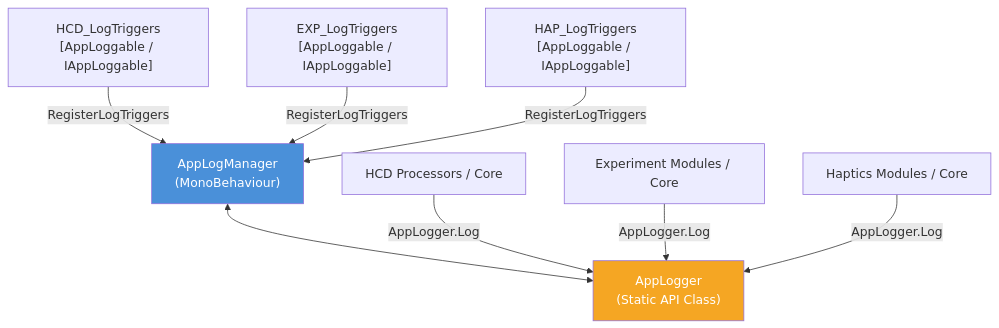
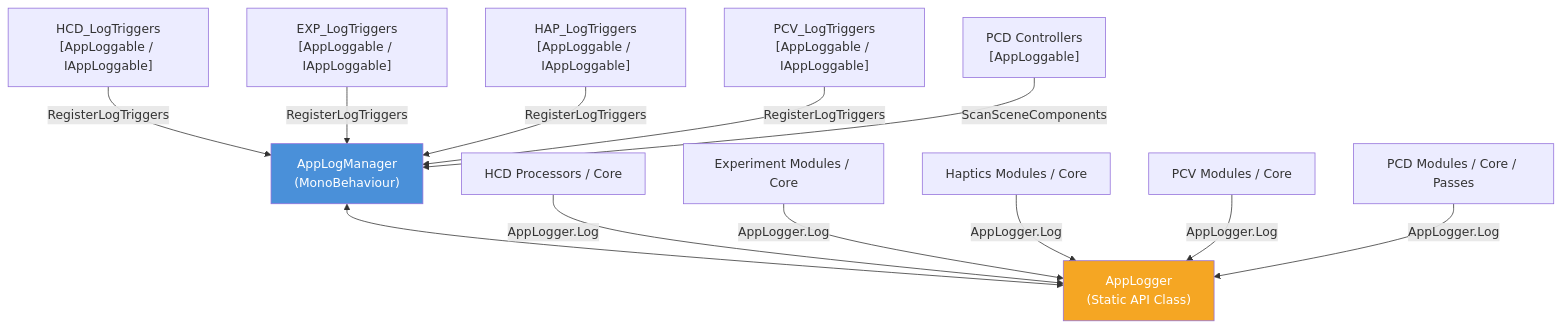
The diagram in Docs/Logging.md (kotetsuOU/HandTrakingDemo), drawn with Mermaid before and after one commit. The commit also changed other lines of this file and 11 other files, not shown here.

````diff
--- a/Docs/Logging.md
+++ b/Docs/Logging.md
@@ -41,15 +48,19 @@
 ```mermaid
 graph TD
     AppLogManager["AppLogManager<br/>(MonoBehaviour)"] <--> AppLogger["AppLogger<br/>(Static API Class)"]
 
     LogTriggersHCD["HCD_LogTriggers<br/>[AppLoggable / IAppLoggable]"] --> |RegisterLogTriggers| AppLogManager
     LogTriggersEXP["EXP_LogTriggers<br/>[AppLoggable / IAppLoggable]"] --> |RegisterLogTriggers| AppLogManager
     LogTriggersHAP["HAP_LogTriggers<br/>[AppLoggable / IAppLoggable]"] --> |RegisterLogTriggers| AppLogManager
+    LogTriggersPCV["PCV_LogTriggers<br/>[AppLoggable / IAppLoggable]"] --> |RegisterLogTriggers| AppLogManager
+    PCDControllers["PCD Controllers<br/>[AppLoggable]"] --> |ScanSceneComponents| AppLogManager
 
     Processors["HCD Processors / Core"] --> |AppLogger.Log| AppLogger
     EXPModules["Experiment Modules / Core"] --> |AppLogger.Log| AppLogger
     HAPModules["Haptics Modules / Core"] --> |AppLogger.Log| AppLogger
+    PCVModules["PCV Modules / Core"] --> |AppLogger.Log| AppLogger
+    PCDModules["PCD Modules / Core / Passes"] --> |AppLogger.Log| AppLogger
 
     style AppLogManager fill:#4a90d9,color:#fff
     style AppLogger fill:#f5a623,color:#fff
 ```
````
